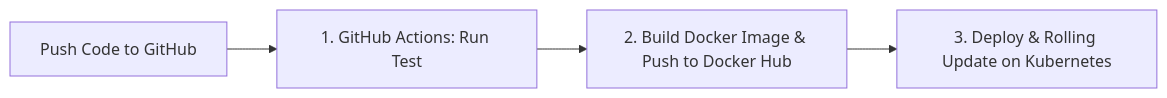
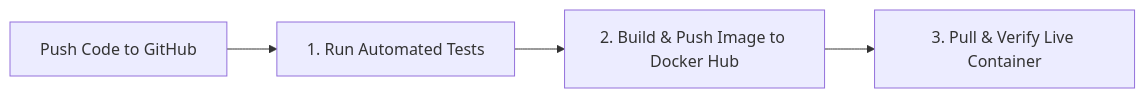
One commit to HarshS3/devops-cicd changed the diagram in README.md. Above: the diagram before and after it, drawn with Mermaid. The commit also changed other lines of this file and 3 other files, not shown here.

Commit message:
feat: simplified docker and docker hub ci/cd pipeline

````diff
--- a/README.md
+++ b/README.md
@@ -9,6 +9,6 @@
 ```mermaid
 flowchart LR
-    A[Push Code to GitHub] --> B[1. GitHub Actions: Run Test]
-    B --> C[2. Build Docker Image & Push to Docker Hub]
-    C --> D[3. Deploy & Rolling Update on Kubernetes]
+    A[Push Code to GitHub] --> B[1. Run Automated Tests]
+    B --> C[2. Build & Push Image to Docker Hub]
+    C --> D[3. Pull & Verify Live Container]
 ```
````
